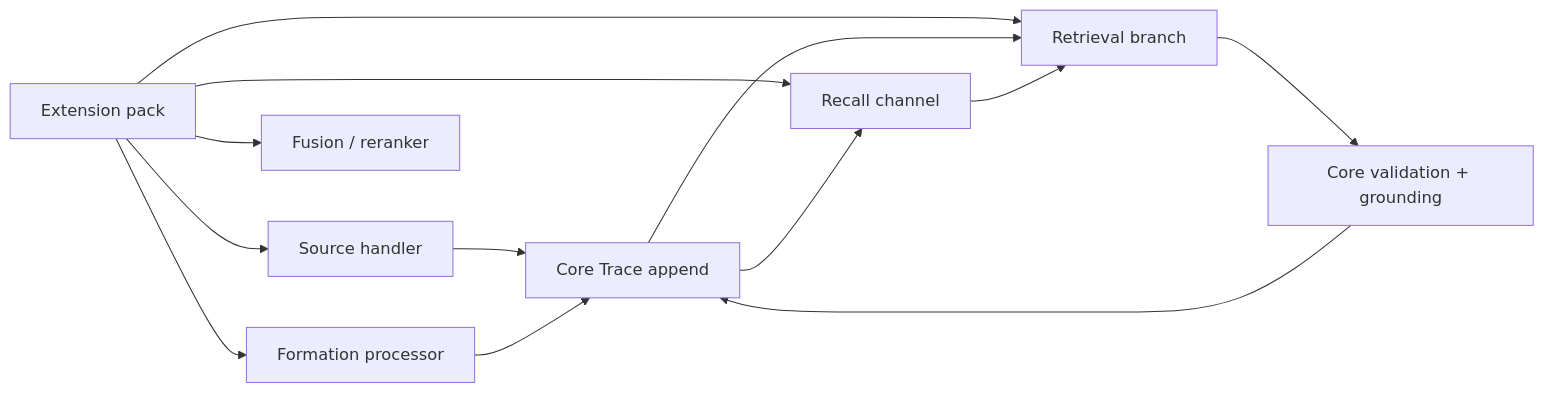
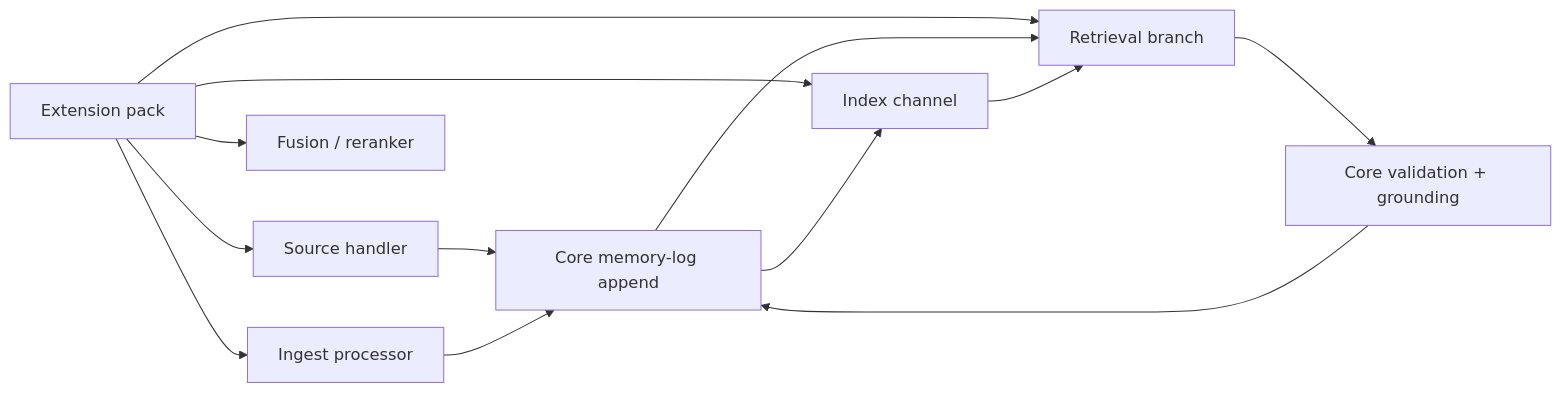
The tenth of 13 diagrams in docs/architecture.md (shanmukh05/trisynapse-memory), drawn with Mermaid before and after one commit. The commit also changed other lines of this file and 67 other files, not shown here.

````diff
--- a/docs/architecture.md
+++ b/docs/architecture.md
@@ -492,15 +513,15 @@
 ```mermaid
 flowchart LR
     E["Extension pack"] --> S["Source handler"]
-    E --> F["Formation processor"]
-    E --> C["Recall channel"]
+    E --> F["Ingest processor"]
+    E --> C["Index channel"]
     E --> B["Retrieval branch"]
     E --> U["Fusion / reranker"]
-    S --> T["Core Trace append"]
+    S --> T["Core memory-log append"]
     F --> T
     T --> C
     T --> B
     C --> B
     B --> G["Core validation + grounding"]
     G --> T
 ```
````
